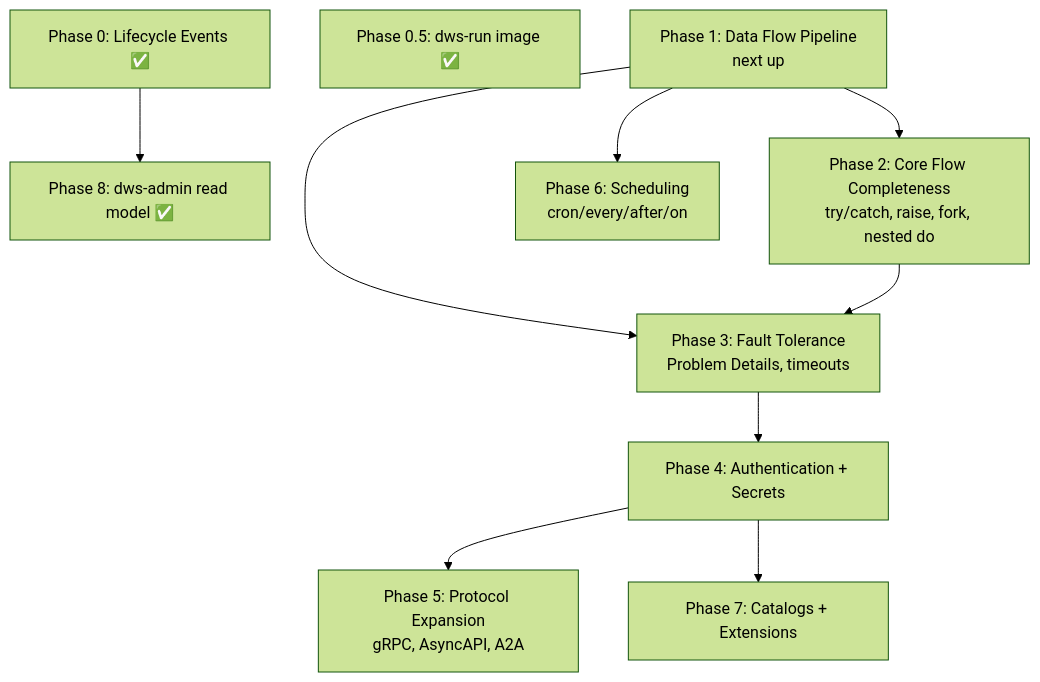
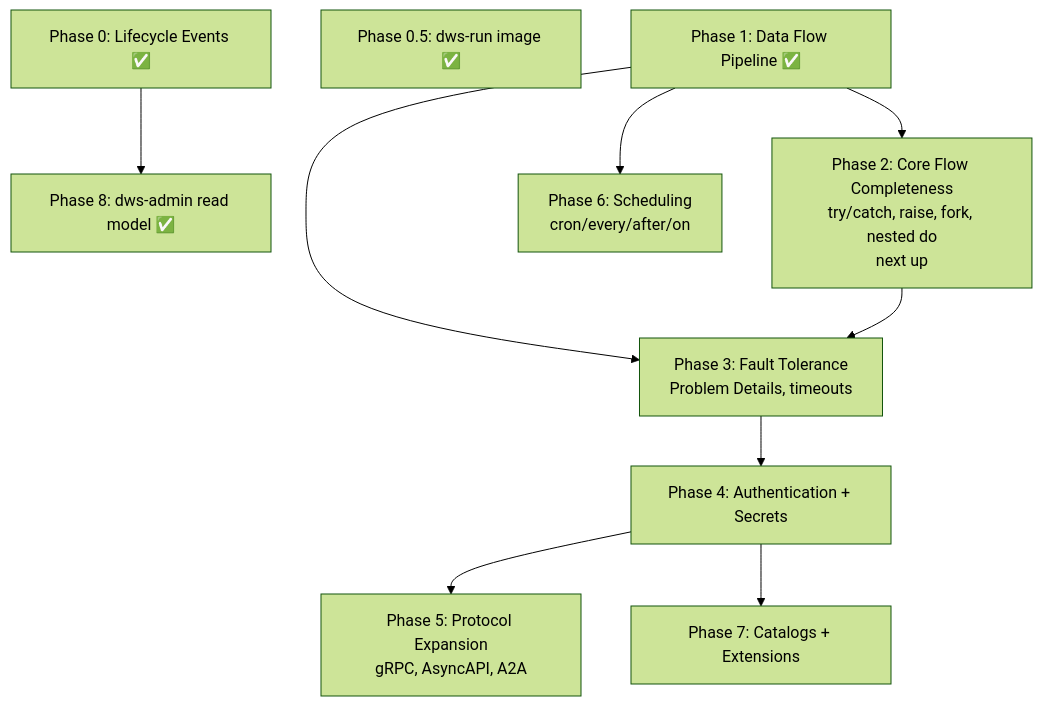
The diagram in docs/roadmap.md (tonylibs/dapr-workflow-spec), drawn with Mermaid (forest theme) before and after one commit. The commit also changed other lines of this file, not shown here.

Commit message:
mark done for data pipeline

````diff
--- a/docs/roadmap.md
+++ b/docs/roadmap.md
@@ -47,12 +47,12 @@
 ```mermaid
 flowchart TD
   P0[Phase 0: Lifecycle Events ✅] --> P8[Phase 8: dws-admin read model ✅]
   P05[Phase 0.5: dws-run image ✅]
-  P1[Phase 1: Data Flow Pipeline<br/>next up] --> P2[Phase 2: Core Flow Completeness<br/>try/catch, raise, fork, nested do]
+  P1[Phase 1: Data Flow Pipeline ✅] --> P2[Phase 2: Core Flow Completeness<br/>try/catch, raise, fork, nested do<br/>next up]
   P1 --> P3[Phase 3: Fault Tolerance<br/>Problem Details, timeouts]
   P2 --> P3
   P3 --> P4[Phase 4: Authentication + Secrets]
   P4 --> P5[Phase 5: Protocol Expansion<br/>gRPC, AsyncAPI, A2A]
   P1 --> P6[Phase 6: Scheduling<br/>cron/every/after/on]
   P4 --> P7[Phase 7: Catalogs + Extensions]
 ```
````
